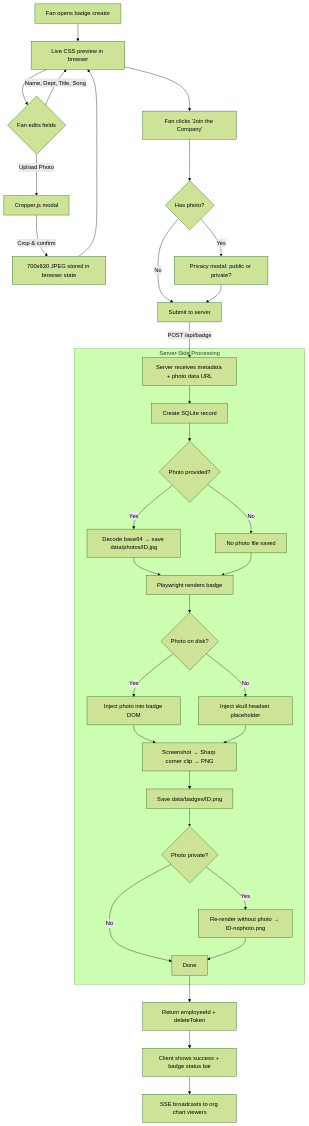
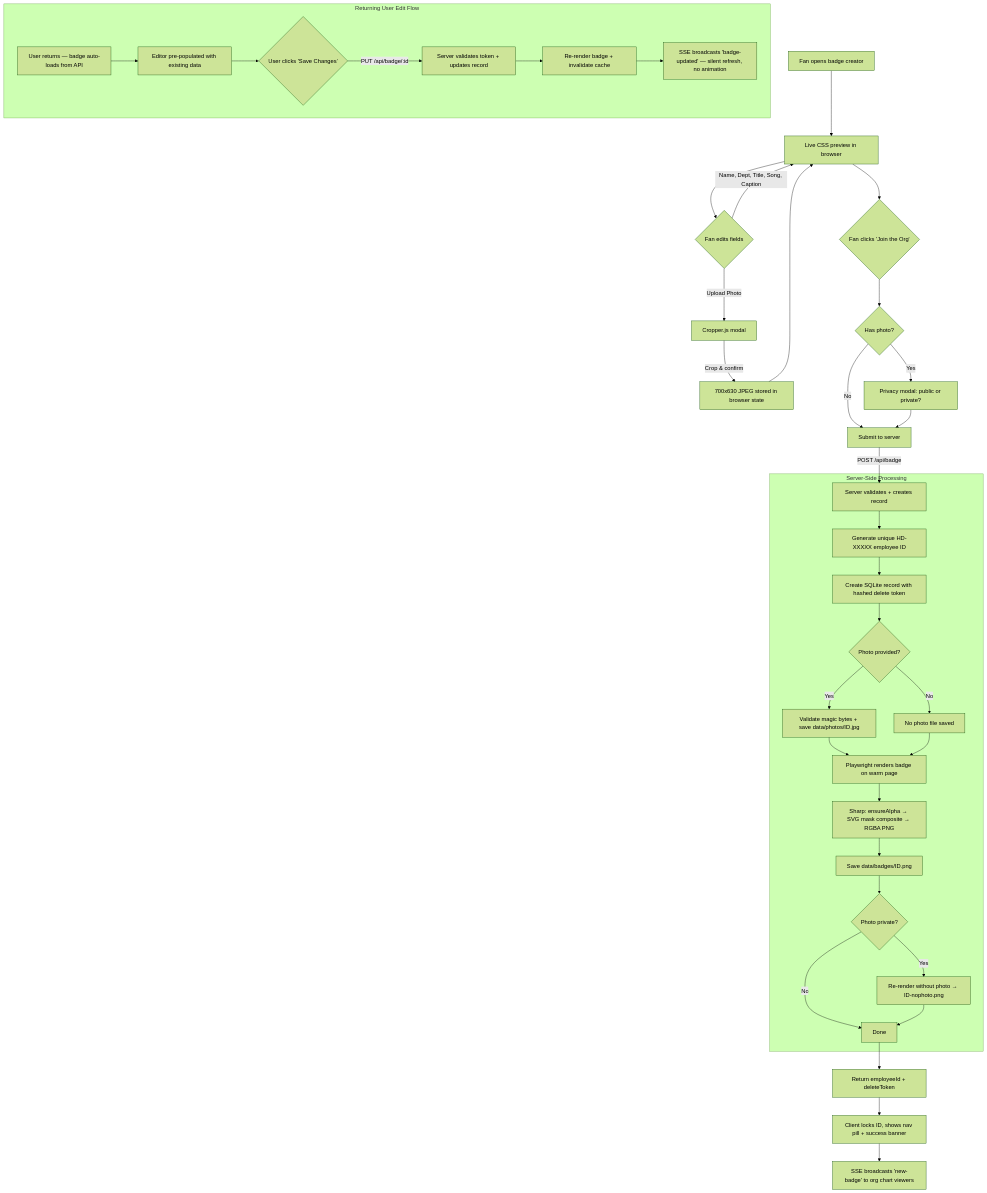
Before and after one commit to diamondluke-1220/hd-badge: the first of 3 diagrams in README.md, drawn with Mermaid (forest theme). The commit also changed other lines of this file, not shown here.

First line of the commit message:
Update README to reflect current architecture and features

````diff
--- a/README.md
+++ b/README.md
@@ -148,39 +156,44 @@
 ```mermaid
 flowchart TD
     A[Fan opens badge creator] --> B[Live CSS preview in browser]
     B --> C{Fan edits fields}
-    C -->|Name, Dept, Title, Song| B
+    C -->|Name, Dept, Title, Song, Caption| B
     C -->|Upload Photo| D[Cropper.js modal]
     D -->|Crop & confirm| E[700x630 JPEG stored in browser state]
     E --> B
-    B --> F[Fan clicks 'Join the Company']
+    B --> F{"Fan clicks 'Join the Org'"}
     F --> G{Has photo?}
     G -->|Yes| H[Privacy modal: public or private?]
     G -->|No| I[Submit to server]
     H --> I
 
-    I -->|POST /api/badge| J[Server receives metadata + photo data URL]
+    I -->|POST /api/badge| J[Server validates + creates record]
 
     subgraph Server ["Server-Side Processing"]
-        J --> K[Create SQLite record]
-        K --> L{Photo provided?}
-        L -->|Yes| M[Decode base64 → save data/photos/ID.jpg]
-        L -->|No| N[No photo file saved]
-        M --> O[Playwright renders badge]
-        N --> O
-        O --> P{Photo on disk?}
-        P -->|Yes| Q[Inject photo into badge DOM]
-        P -->|No| R[Inject skull headset placeholder]
-        Q --> S[Screenshot → Sharp corner clip → PNG]
-        R --> S
-        S --> T[Save data/badges/ID.png]
-        T --> U{Photo private?}
-        U -->|Yes| V[Re-render without photo → ID-nophoto.png]
-        U -->|No| W[Done]
-        V --> W
+        J --> K[Generate unique HD-XXXXX employee ID]
+        K --> L[Create SQLite record with hashed delete token]
+        L --> M{Photo provided?}
+        M -->|Yes| N[Validate magic bytes + save data/photos/ID.jpg]
+        M -->|No| O[No photo file saved]
+        N --> P[Playwright renders badge on warm page]
+        O --> P
+        P --> Q[Sharp: ensureAlpha → SVG mask composite → RGBA PNG]
+        Q --> R[Save data/badges/ID.png]
+        R --> S{Photo private?}
+        S -->|Yes| T[Re-render without photo → ID-nophoto.png]
+        S -->|No| U[Done]
+        T --> U
     end
 
-    W --> X[Return employeeId + deleteToken]
-    X --> Y[Client shows success + badge status bar]
-    Y --> Z[SSE broadcasts to org chart viewers]
+    U --> V[Return employeeId + deleteToken]
+    V --> W[Client locks ID, shows nav pill + success banner]
+    W --> X[SSE broadcasts 'new-badge' to org chart viewers]
+
+    subgraph Edit ["Returning User Edit Flow"]
+        Y[User returns — badge auto-loads from API] --> Z[Editor pre-populated with existing data]
+        Z --> AA{"User clicks 'Save Changes'"}
+        AA -->|PUT /api/badge/:id| AB[Server validates token + updates record]
+        AB --> AC[Re-render badge + invalidate cache]
+        AC --> AD[SSE broadcasts 'badge-updated' — silent refresh, no animation]
+    end
 ```
````
